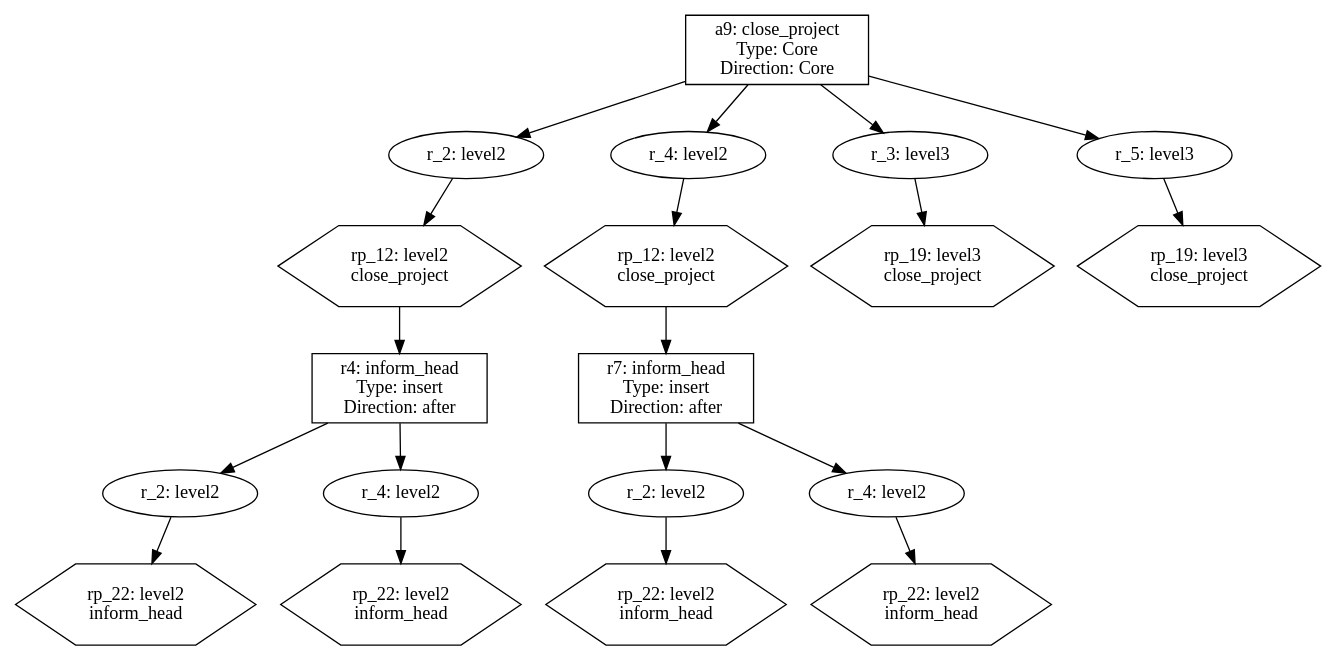
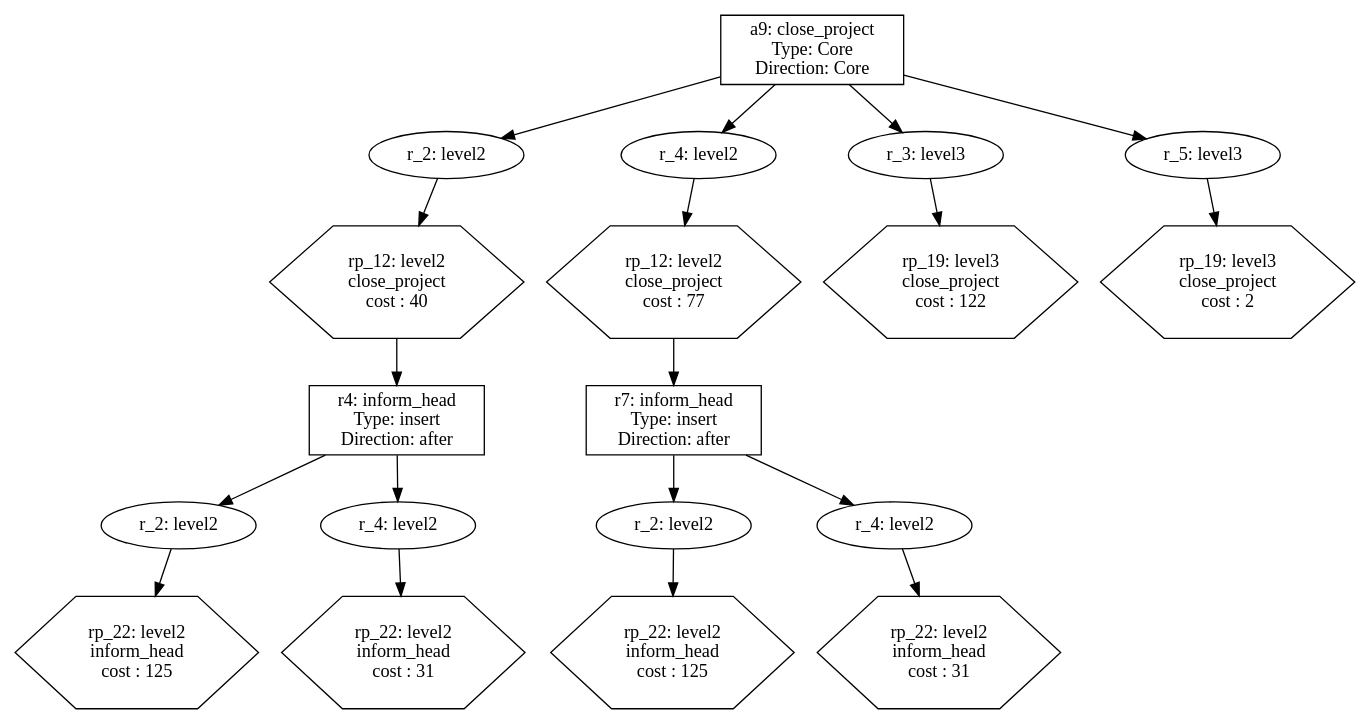
Before and after one commit to Schlixmann/RA-RPST-Allocation: the diagram in tree_allocation/tree/tmp/call_tree.dot, drawn with Graphviz. The commit also changed 25 other files, not shown here.

```diff
--- a/tree_allocation/tree/tmp/call_tree.dot
+++ b/tree_allocation/tree/tmp/call_tree.dot
@@ -1,53 +1,61 @@
 digraph CallTree {
-	"81b09602-c606-11ee-aa25-04cf4b795879" [label = "a9: close_project 
+	"e0b6a368-c687-11ee-890b-ac1a3ddd05c7" [label = "a9: close_project 
  Type: Core 
  Direction: Core" shape=rectangle]	; 
-	"81b09e5e-c606-11ee-aa25-04cf4b795879" [label = "r_2: level2"]	; 
-	"81b09602-c606-11ee-aa25-04cf4b795879" -> "81b09e5e-c606-11ee-aa25-04cf4b795879"	 ;
-	"81b0a034-c606-11ee-aa25-04cf4b795879" [label = "rp_12: level2 
- close_project" shape=polygon sides=6]	; 
-	"81b09e5e-c606-11ee-aa25-04cf4b795879" -> "81b0a034-c606-11ee-aa25-04cf4b795879"	 ;
-	"81b0a12e-c606-11ee-aa25-04cf4b795879" [label = "r4: inform_head 
+	"e0b6ac6e-c687-11ee-890b-ac1a3ddd05c7" [label = "r_2: level2"]	; 
+	"e0b6a368-c687-11ee-890b-ac1a3ddd05c7" -> "e0b6ac6e-c687-11ee-890b-ac1a3ddd05c7"	 ;
+	"e0b6ae6c-c687-11ee-890b-ac1a3ddd05c7" [label = "rp_12: level2 
+ close_project 
+ cost : 40" shape=polygon sides=6]	; 
+	"e0b6ac6e-c687-11ee-890b-ac1a3ddd05c7" -> "e0b6ae6c-c687-11ee-890b-ac1a3ddd05c7"	 ;
+	"e0b6b006-c687-11ee-890b-ac1a3ddd05c7" [label = "r4: inform_head 
  Type: insert 
  Direction: after" shape=rectangle]	; 
-	"81b0a034-c606-11ee-aa25-04cf4b795879" -> "81b0a12e-c606-11ee-aa25-04cf4b795879"	 ;
-	"81b0a368-c606-11ee-aa25-04cf4b795879" [label = "r_2: level2"]	; 
-	"81b0a12e-c606-11ee-aa25-04cf4b795879" -> "81b0a368-c606-11ee-aa25-04cf4b795879"	 ;
-	"81b0a502-c606-11ee-aa25-04cf4b795879" [label = "rp_22: level2 
- inform_head" shape=polygon sides=6]	; 
-	"81b0a368-c606-11ee-aa25-04cf4b795879" -> "81b0a502-c606-11ee-aa25-04cf4b795879"	 ;
-	"81b0a5de-c606-11ee-aa25-04cf4b795879" [label = "r_4: level2"]	; 
-	"81b0a12e-c606-11ee-aa25-04cf4b795879" -> "81b0a5de-c606-11ee-aa25-04cf4b795879"	 ;
-	"81b0a76e-c606-11ee-aa25-04cf4b795879" [label = "rp_22: level2 
- inform_head" shape=polygon sides=6]	; 
-	"81b0a5de-c606-11ee-aa25-04cf4b795879" -> "81b0a76e-c606-11ee-aa25-04cf4b795879"	 ;
-	"81b0a854-c606-11ee-aa25-04cf4b795879" [label = "r_4: level2"]	; 
-	"81b09602-c606-11ee-aa25-04cf4b795879" -> "81b0a854-c606-11ee-aa25-04cf4b795879"	 ;
-	"81b0a9d0-c606-11ee-aa25-04cf4b795879" [label = "rp_12: level2 
- close_project" shape=polygon sides=6]	; 
-	"81b0a854-c606-11ee-aa25-04cf4b795879" -> "81b0a9d0-c606-11ee-aa25-04cf4b795879"	 ;
-	"81b0aaa2-c606-11ee-aa25-04cf4b795879" [label = "r7: inform_head 
+	"e0b6ae6c-c687-11ee-890b-ac1a3ddd05c7" -> "e0b6b006-c687-11ee-890b-ac1a3ddd05c7"	 ;
+	"e0b6b286-c687-11ee-890b-ac1a3ddd05c7" [label = "r_2: level2"]	; 
+	"e0b6b006-c687-11ee-890b-ac1a3ddd05c7" -> "e0b6b286-c687-11ee-890b-ac1a3ddd05c7"	 ;
+	"e0b6b434-c687-11ee-890b-ac1a3ddd05c7" [label = "rp_22: level2 
+ inform_head 
+ cost : 125" shape=polygon sides=6]	; 
+	"e0b6b286-c687-11ee-890b-ac1a3ddd05c7" -> "e0b6b434-c687-11ee-890b-ac1a3ddd05c7"	 ;
+	"e0b6b5d8-c687-11ee-890b-ac1a3ddd05c7" [label = "r_4: level2"]	; 
+	"e0b6b006-c687-11ee-890b-ac1a3ddd05c7" -> "e0b6b5d8-c687-11ee-890b-ac1a3ddd05c7"	 ;
+	"e0b6b768-c687-11ee-890b-ac1a3ddd05c7" [label = "rp_22: level2 
+ inform_head 
+ cost : 31" shape=polygon sides=6]	; 
+	"e0b6b5d8-c687-11ee-890b-ac1a3ddd05c7" -> "e0b6b768-c687-11ee-890b-ac1a3ddd05c7"	 ;
+	"e0b6b8da-c687-11ee-890b-ac1a3ddd05c7" [label = "r_4: level2"]	; 
+	"e0b6a368-c687-11ee-890b-ac1a3ddd05c7" -> "e0b6b8da-c687-11ee-890b-ac1a3ddd05c7"	 ;
+	"e0b6ba6a-c687-11ee-890b-ac1a3ddd05c7" [label = "rp_12: level2 
+ close_project 
+ cost : 77" shape=polygon sides=6]	; 
+	"e0b6b8da-c687-11ee-890b-ac1a3ddd05c7" -> "e0b6ba6a-c687-11ee-890b-ac1a3ddd05c7"	 ;
+	"e0b6bbfa-c687-11ee-890b-ac1a3ddd05c7" [label = "r7: inform_head 
  Type: insert 
  Direction: after" shape=rectangle]	; 
-	"81b0a9d0-c606-11ee-aa25-04cf4b795879" -> "81b0aaa2-c606-11ee-aa25-04cf4b795879"	 ;
-	"81b0ac82-c606-11ee-aa25-04cf4b795879" [label = "r_2: level2"]	; 
-	"81b0aaa2-c606-11ee-aa25-04cf4b795879" -> "81b0ac82-c606-11ee-aa25-04cf4b795879"	 ;
-	"81b0ae12-c606-11ee-aa25-04cf4b795879" [label = "rp_22: level2 
- inform_head" shape=polygon sides=6]	; 
-	"81b0ac82-c606-11ee-aa25-04cf4b795879" -> "81b0ae12-c606-11ee-aa25-04cf4b795879"	 ;
-	"81b0aee4-c606-11ee-aa25-04cf4b795879" [label = "r_4: level2"]	; 
-	"81b0aaa2-c606-11ee-aa25-04cf4b795879" -> "81b0aee4-c606-11ee-aa25-04cf4b795879"	 ;
-	"81b0b04c-c606-11ee-aa25-04cf4b795879" [label = "rp_22: level2 
- inform_head" shape=polygon sides=6]	; 
-	"81b0aee4-c606-11ee-aa25-04cf4b795879" -> "81b0b04c-c606-11ee-aa25-04cf4b795879"	 ;
-	"81b0b11e-c606-11ee-aa25-04cf4b795879" [label = "r_3: level3"]	; 
-	"81b09602-c606-11ee-aa25-04cf4b795879" -> "81b0b11e-c606-11ee-aa25-04cf4b795879"	 ;
-	"81b0b29a-c606-11ee-aa25-04cf4b795879" [label = "rp_19: level3 
- close_project" shape=polygon sides=6]	; 
-	"81b0b11e-c606-11ee-aa25-04cf4b795879" -> "81b0b29a-c606-11ee-aa25-04cf4b795879"	 ;
-	"81b0b362-c606-11ee-aa25-04cf4b795879" [label = "r_5: level3"]	; 
-	"81b09602-c606-11ee-aa25-04cf4b795879" -> "81b0b362-c606-11ee-aa25-04cf4b795879"	 ;
-	"81b0b4de-c606-11ee-aa25-04cf4b795879" [label = "rp_19: level3 
- close_project" shape=polygon sides=6]	; 
-	"81b0b362-c606-11ee-aa25-04cf4b795879" -> "81b0b4de-c606-11ee-aa25-04cf4b795879"	 ;
+	"e0b6ba6a-c687-11ee-890b-ac1a3ddd05c7" -> "e0b6bbfa-c687-11ee-890b-ac1a3ddd05c7"	 ;
+	"e0b6be34-c687-11ee-890b-ac1a3ddd05c7" [label = "r_2: level2"]	; 
+	"e0b6bbfa-c687-11ee-890b-ac1a3ddd05c7" -> "e0b6be34-c687-11ee-890b-ac1a3ddd05c7"	 ;
+	"e0b6bfc4-c687-11ee-890b-ac1a3ddd05c7" [label = "rp_22: level2 
+ inform_head 
+ cost : 125" shape=polygon sides=6]	; 
+	"e0b6be34-c687-11ee-890b-ac1a3ddd05c7" -> "e0b6bfc4-c687-11ee-890b-ac1a3ddd05c7"	 ;
+	"e0b6c122-c687-11ee-890b-ac1a3ddd05c7" [label = "r_4: level2"]	; 
+	"e0b6bbfa-c687-11ee-890b-ac1a3ddd05c7" -> "e0b6c122-c687-11ee-890b-ac1a3ddd05c7"	 ;
+	"e0b6c29e-c687-11ee-890b-ac1a3ddd05c7" [label = "rp_22: level2 
+ inform_head 
+ cost : 31" shape=polygon sides=6]	; 
+	"e0b6c122-c687-11ee-890b-ac1a3ddd05c7" -> "e0b6c29e-c687-11ee-890b-ac1a3ddd05c7"	 ;
+	"e0b6c406-c687-11ee-890b-ac1a3ddd05c7" [label = "r_3: level3"]	; 
+	"e0b6a368-c687-11ee-890b-ac1a3ddd05c7" -> "e0b6c406-c687-11ee-890b-ac1a3ddd05c7"	 ;
+	"e0b6c582-c687-11ee-890b-ac1a3ddd05c7" [label = "rp_19: level3 
+ close_project 
+ cost : 122" shape=polygon sides=6]	; 
+	"e0b6c406-c687-11ee-890b-ac1a3ddd05c7" -> "e0b6c582-c687-11ee-890b-ac1a3ddd05c7"	 ;
+	"e0b6c6e0-c687-11ee-890b-ac1a3ddd05c7" [label = "r_5: level3"]	; 
+	"e0b6a368-c687-11ee-890b-ac1a3ddd05c7" -> "e0b6c6e0-c687-11ee-890b-ac1a3ddd05c7"	 ;
+	"e0b6c866-c687-11ee-890b-ac1a3ddd05c7" [label = "rp_19: level3 
+ close_project 
+ cost : 2" shape=polygon sides=6]	; 
+	"e0b6c6e0-c687-11ee-890b-ac1a3ddd05c7" -> "e0b6c866-c687-11ee-890b-ac1a3ddd05c7"	 ;
 }
```
